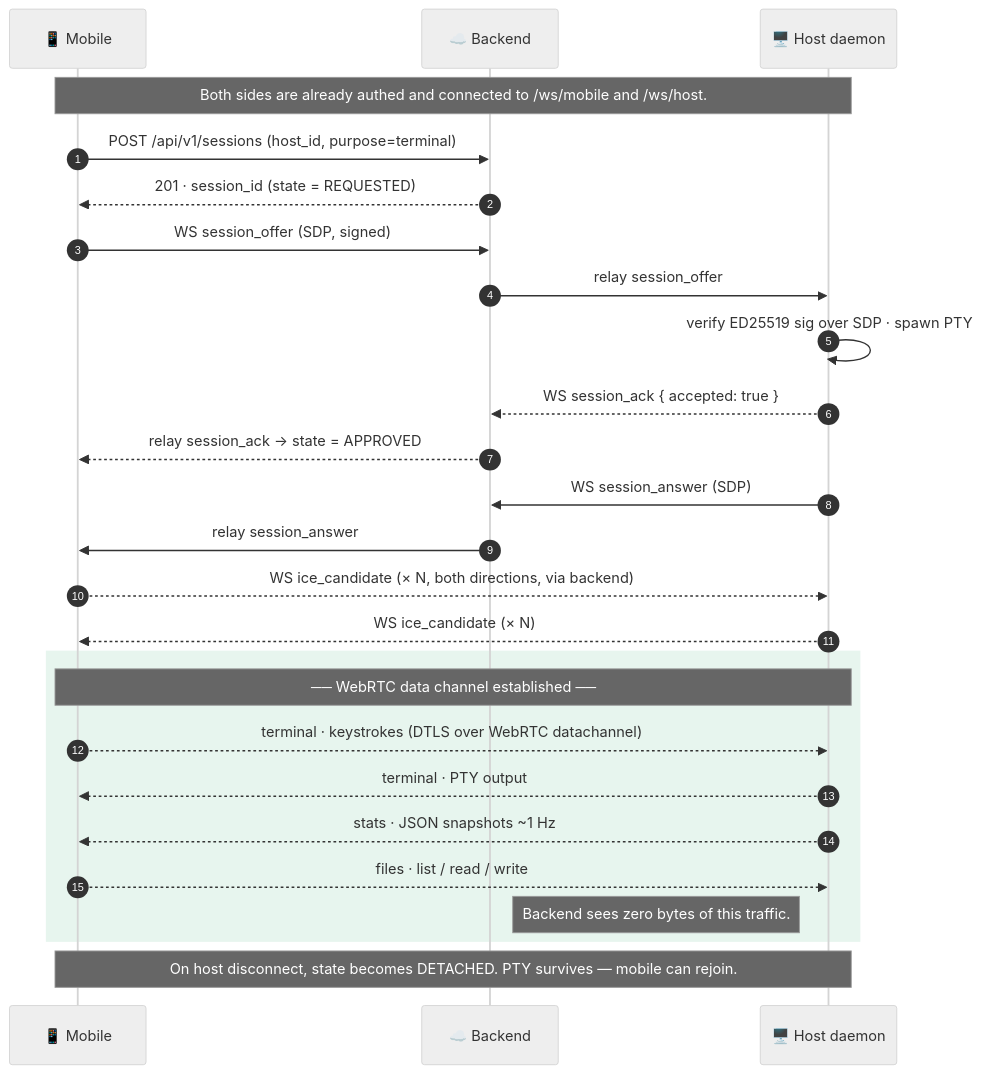
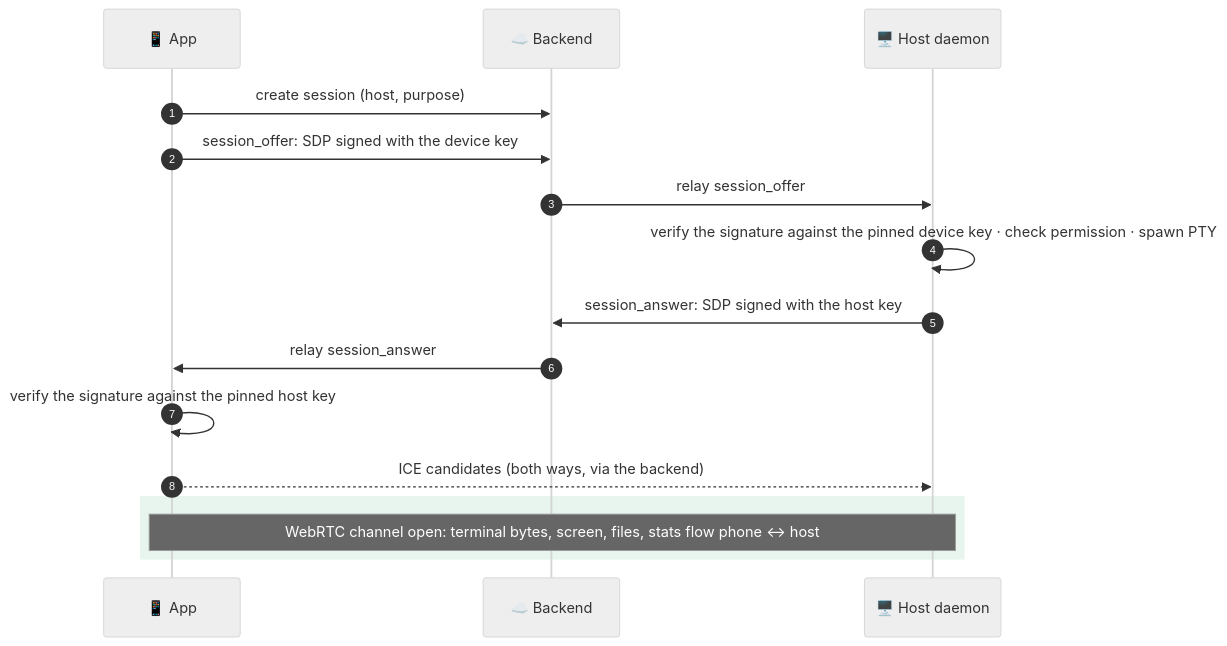
The second of 2 diagrams in README.md (yashagldit/Thumbdesk), drawn with Mermaid (neutral theme) before and after one commit. The commit also changed other lines of this file, not shown here.

Commit message:
docs: describe 2.0.0, how to verify a release, and what the agent sends

````diff
--- a/README.md
+++ b/README.md
@@ -209,32 +144,18 @@
 ```mermaid
 sequenceDiagram
     autonumber
-    participant M as 📱 Mobile
+    participant M as 📱 App
     participant B as ☁️ Backend
     participant H as 🖥️ Host daemon
-
-    Note over M,H: Both sides are already authed and connected to /ws/mobile and /ws/host.
-
-    M->>B: POST /api/v1/sessions  (host_id, purpose=terminal)
-    B-->>M: 201 · session_id  (state = REQUESTED)
-    M->>B: WS  session_offer  (SDP, signed)
-    B->>H: relay  session_offer
-    H->>H: verify ED25519 sig over SDP · spawn PTY
-    H-->>B: WS  session_ack { accepted: true }
-    B-->>M: relay  session_ack  → state = APPROVED
-    H->>B: WS  session_answer  (SDP)
-    B->>M: relay  session_answer
-    M-->>H: WS  ice_candidate (× N, both directions, via backend)
-    H-->>M: WS  ice_candidate (× N)
-
+    M->>B: create session (host, purpose)
+    M->>B: session_offer: SDP signed with the device key
+    B->>H: relay session_offer
+    H->>H: verify the signature against the pinned device key · check permission · spawn PTY
+    H->>B: session_answer: SDP signed with the host key
+    B->>M: relay session_answer
+    M->>M: verify the signature against the pinned host key
+    M-->>H: ICE candidates (both ways, via the backend)
     rect rgba(92, 184, 140, 0.15)
-      Note over M,H: ── WebRTC data channel established ──
-      M-->>H: terminal · keystrokes (DTLS over WebRTC datachannel)
-      H-->>M: terminal · PTY output
-      H-->>M: stats · JSON snapshots ~1 Hz
-      M-->>H: files · list / read / write
-      Note right of B: Backend sees zero bytes of this traffic.
+      Note over M,H: WebRTC channel open: terminal bytes, screen, files, stats flow phone ↔ host
     end
-
-    Note over M,H: On host disconnect, state becomes DETACHED. PTY survives — mobile can rejoin.
 ```
````
